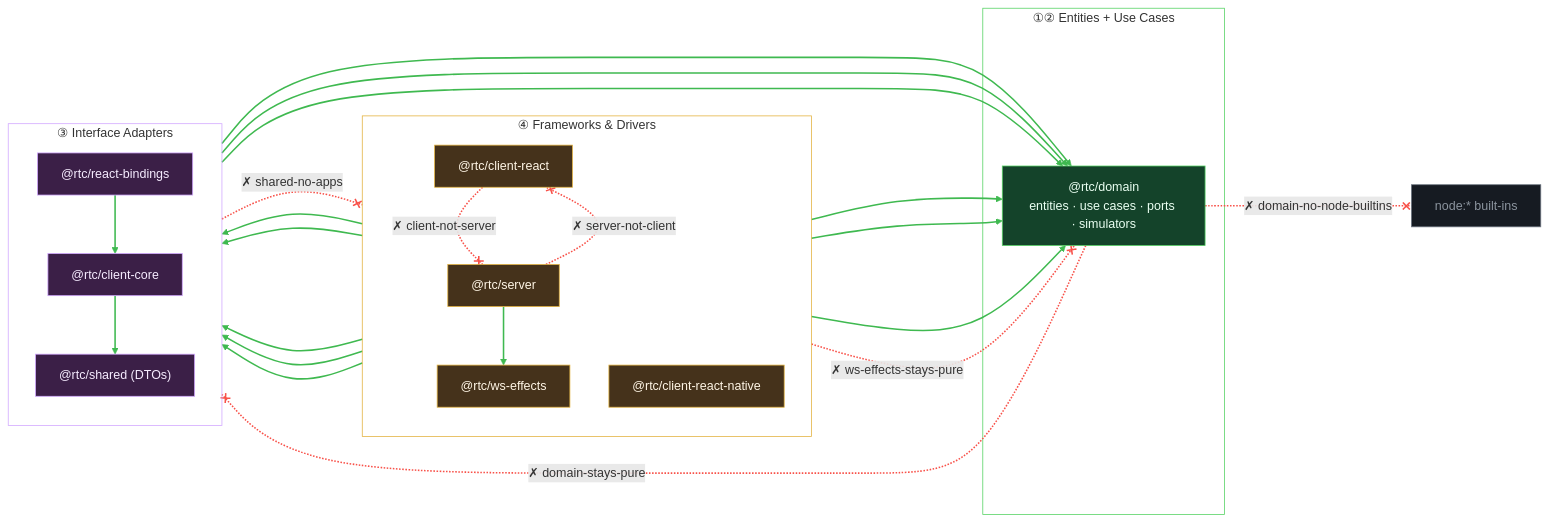
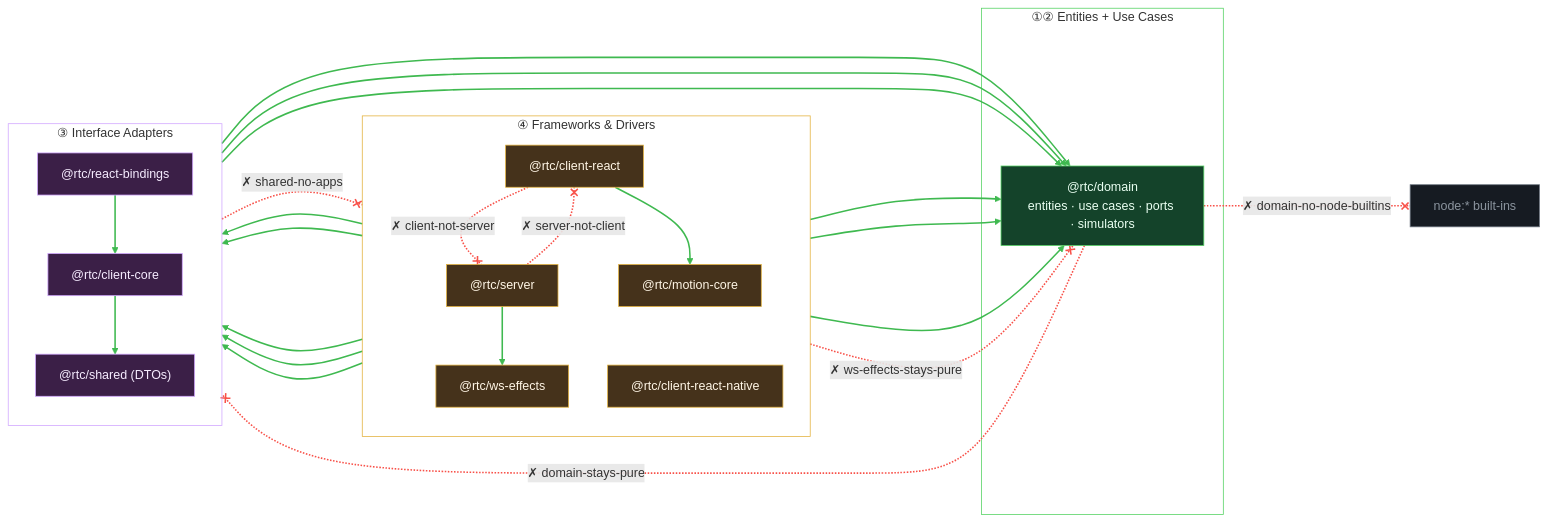
One commit to bettersoftware-io/ReactiveTraderCloudClone changed the third of 3 diagrams in docs/architecture/01-overview.md. Above: the diagram before and after it, drawn with Mermaid. The commit also changed other lines of this file and 11 other files, not shown here.

Commit message:
docs: fold @rtc/motion-core into package graph, counts, and depcruise catalogue

````diff
--- a/docs/architecture/01-overview.md
+++ b/docs/architecture/01-overview.md
@@ -126,60 +126,63 @@
 ```mermaid
 flowchart LR
   subgraph r4["④ Frameworks & Drivers"]
     direction TB
     webc["@rtc/client-react"]
     rnc["@rtc/client-react-native"]
     wse["@rtc/ws-effects"]
     srv["@rtc/server"]
+    motion["@rtc/motion-core"]
   end
   subgraph r3["③ Interface Adapters"]
     direction TB
     core["@rtc/client-core"]
     rb["@rtc/react-bindings"]
     shared["@rtc/shared (DTOs)"]
   end
   subgraph r12["①② Entities + Use Cases"]
     domain["@rtc/domain<br/>entities · use cases · ports · simulators"]
   end
   nodeb["node:* built-ins"]:::ext
 
-  %% --- allowed inward imports (edges 0-13; keep order — linkStyle indices depend on it) ---
+  %% --- allowed inward imports (edges 0-14; keep order — linkStyle indices depend on it) ---
   webc --> rb
   webc --> core
   webc --> domain
   rnc --> rb
   rnc --> core
   rnc --> domain
   rb --> core
   rb --> domain
   core --> shared
   core --> domain
   srv --> domain
   srv --> shared
   srv --> wse
   shared --> domain
+  webc --> motion
 
-  %% --- forbidden crossings (edges 14-19), each tagged with the rule that rejects it ---
+  %% --- forbidden crossings (edges 15-20), each tagged with the rule that rejects it ---
   domain -. "✗ domain-stays-pure" .-x shared
   shared -. "✗ shared-no-apps" .-x srv
   webc -. "✗ client-not-server" .-x srv
   srv -. "✗ server-not-client" .-x webc
   wse -. "✗ ws-effects-stays-pure" .-x domain
   domain -. "✗ domain-no-node-builtins" .-x nodeb
 
   classDef ext fill:#161b22,stroke:#6e7681,color:#8b949e
   style r4 fill:none,stroke:#e3b341
   style r3 fill:none,stroke:#d2a8ff
   style r12 fill:none,stroke:#56d364
   style domain fill:#14432a,stroke:#56d364,color:#eafff2
   style core fill:#3b1f47,stroke:#d2a8ff,color:#f6ecff
   style rb fill:#3b1f47,stroke:#d2a8ff,color:#f6ecff
   style shared fill:#3b1f47,stroke:#d2a8ff,color:#f6ecff
   style webc fill:#45321b,stroke:#e3b341,color:#fff6e6
   style rnc fill:#45321b,stroke:#e3b341,color:#fff6e6
   style wse fill:#45321b,stroke:#e3b341,color:#fff6e6
   style srv fill:#45321b,stroke:#e3b341,color:#fff6e6
+  style motion fill:#45321b,stroke:#e3b341,color:#fff6e6
 
-  linkStyle 0,1,2,3,4,5,6,7,8,9,10,11,12,13 stroke:#3fb950,stroke-width:2px
-  linkStyle 14,15,16,17,18,19 stroke:#f85149,stroke-width:2px
+  linkStyle 0,1,2,3,4,5,6,7,8,9,10,11,12,13,14 stroke:#3fb950,stroke-width:2px
+  linkStyle 15,16,17,18,19,20 stroke:#f85149,stroke-width:2px
 ```
````
